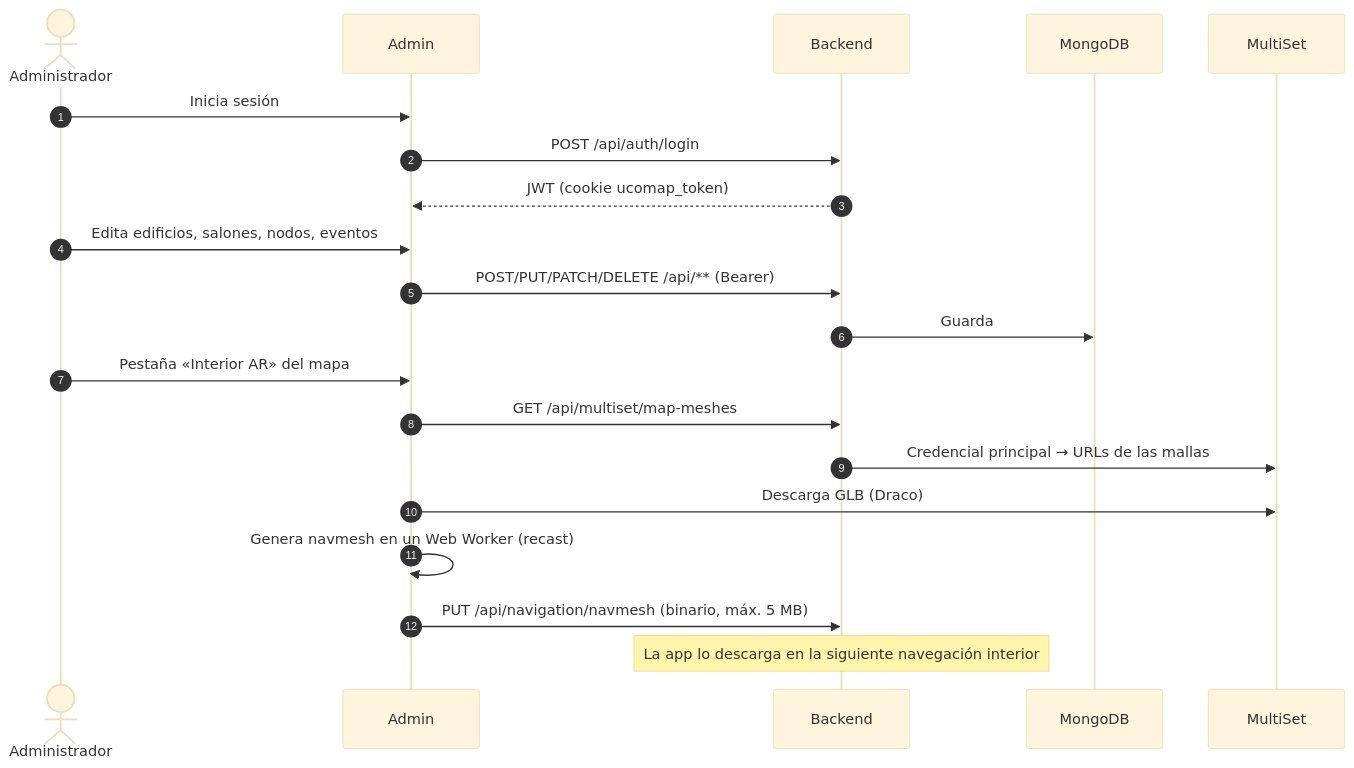
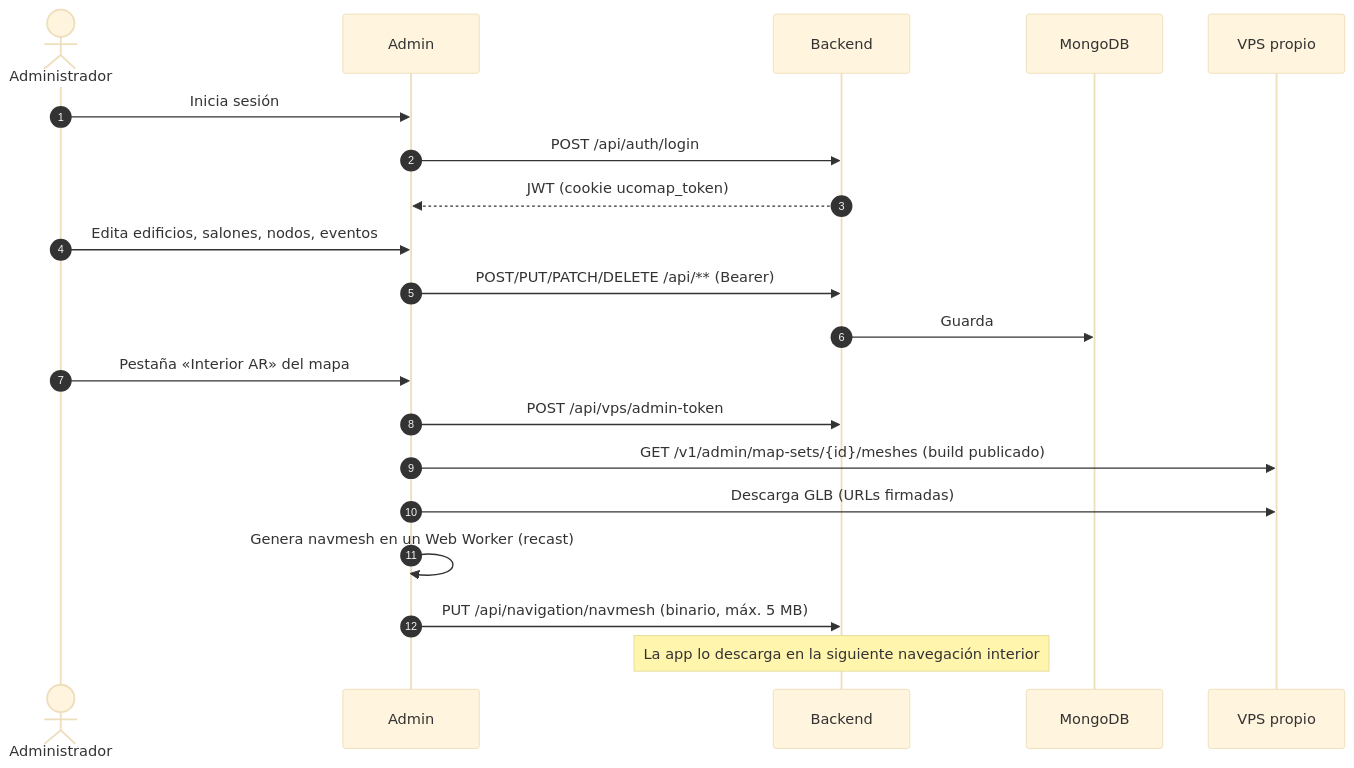
Before and after one commit to KronoIV/ms-ucoMap-backend: the third of 3 diagrams in docs/ECOSISTEMA.md, drawn with Mermaid (base theme). The commit also changed other lines of this file and 38 other files, not shown here.

Commit message:
Quitar MultiSet y agregar tokens del VPS propio (/api/vps)

````diff
--- a/docs/ECOSISTEMA.md
+++ b/docs/ECOSISTEMA.md
@@ -167,22 +193,22 @@
 ```mermaid
 sequenceDiagram
     autonumber
     actor U as Administrador
     participant P as Admin
     participant B as Backend
     participant D as MongoDB
-    participant M as MultiSet
+    participant V as VPS propio
     U->>P: Inicia sesión
     P->>B: POST /api/auth/login
     B-->>P: JWT (cookie ucomap_token)
     U->>P: Edita edificios, salones, nodos, eventos
     P->>B: POST/PUT/PATCH/DELETE /api/** (Bearer)
     B->>D: Guarda
     U->>P: Pestaña «Interior AR» del mapa
-    P->>B: GET /api/multiset/map-meshes
-    B->>M: Credencial principal → URLs de las mallas
-    P->>M: Descarga GLB (Draco)
+    P->>B: POST /api/vps/admin-token
+    P->>V: GET /v1/admin/map-sets/{id}/meshes (build publicado)
+    P->>V: Descarga GLB (URLs firmadas)
     P->>P: Genera navmesh en un Web Worker (recast)
     P->>B: PUT /api/navigation/navmesh (binario, máx. 5 MB)
     Note over B: La app lo descarga en la siguiente navegación interior
 ```
````
